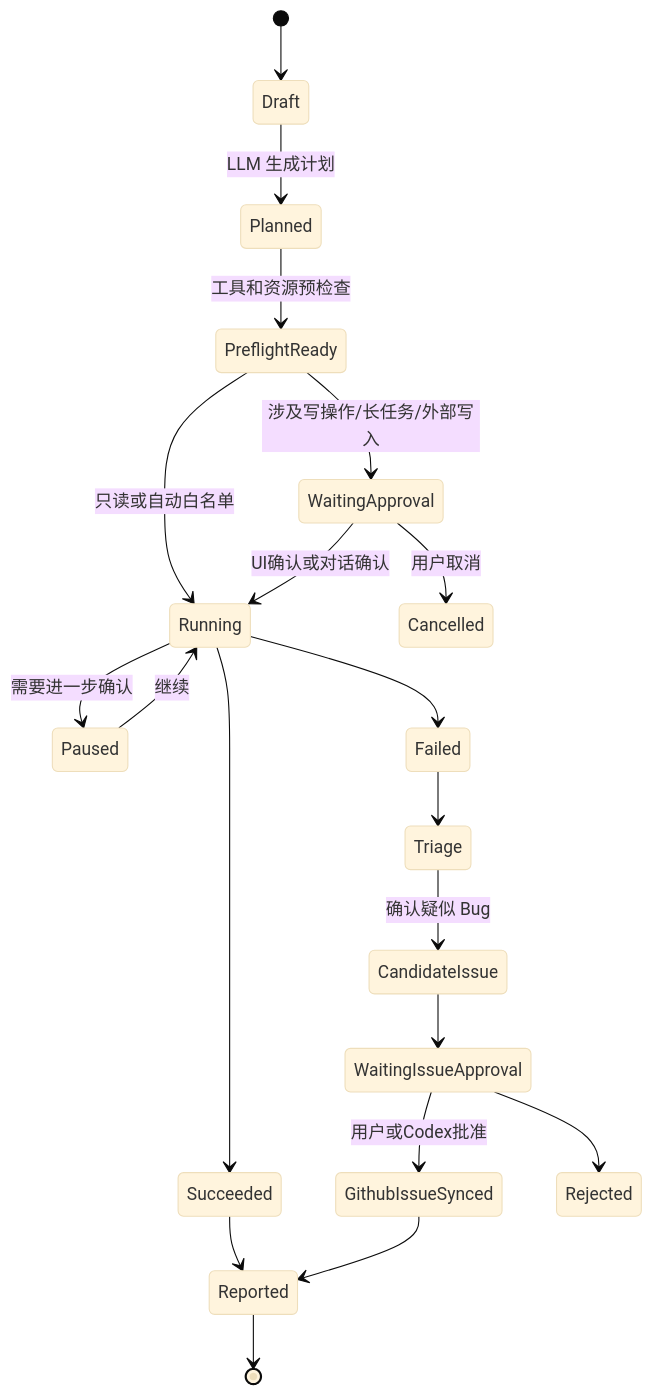
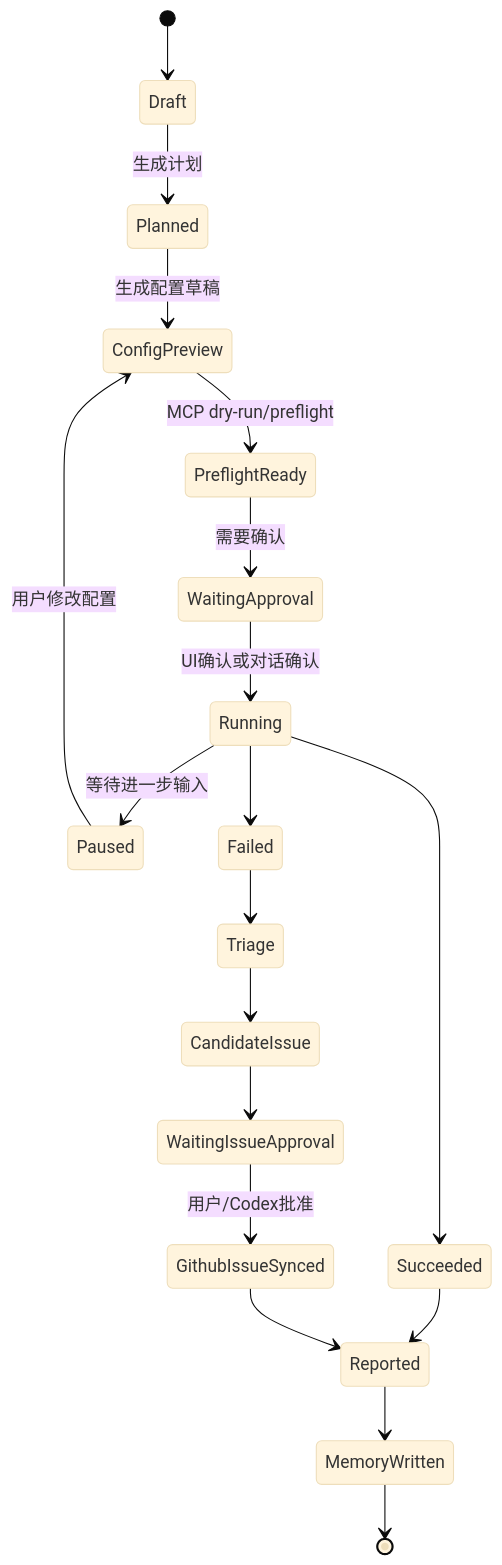
Before and after one commit to licong01-cloud/AIstock: the fourth of 4 diagrams in docs/architecture/aistock_research_agent_console_design_20260520.md, drawn with Mermaid (base theme). The commit also changed other lines of this file, not shown here.

Commit message:
docs(research): refine assistant memory architecture

````diff
--- a/docs/architecture/aistock_research_agent_console_design_20260520.md
+++ b/docs/architecture/aistock_research_agent_console_design_20260520.md
@@ -262,22 +537,21 @@
 ```mermaid
 stateDiagram-v2
     [*] --> Draft
-    Draft --> Planned: LLM 生成计划
-    Planned --> PreflightReady: 工具和资源预检查
-    PreflightReady --> WaitingApproval: 涉及写操作/长任务/外部写入
-    PreflightReady --> Running: 只读或自动白名单
+    Draft --> Planned: 生成计划
+    Planned --> ConfigPreview: 生成配置草稿
+    ConfigPreview --> PreflightReady: MCP dry-run/preflight
+    PreflightReady --> WaitingApproval: 需要确认
     WaitingApproval --> Running: UI确认或对话确认
-    WaitingApproval --> Cancelled: 用户取消
-    Running --> Paused: 需要进一步确认
-    Paused --> Running: 继续
+    Running --> Paused: 等待进一步输入
+    Paused --> ConfigPreview: 用户修改配置
     Running --> Succeeded
     Running --> Failed
     Failed --> Triage
-    Triage --> CandidateIssue: 确认疑似 Bug
+    Triage --> CandidateIssue
     CandidateIssue --> WaitingIssueApproval
-    WaitingIssueApproval --> GithubIssueSynced: 用户或Codex批准
-    WaitingIssueApproval --> Rejected
+    WaitingIssueApproval --> GithubIssueSynced: 用户/Codex批准
     Succeeded --> Reported
     GithubIssueSynced --> Reported
-    Reported --> [*]
+    Reported --> MemoryWritten
+    MemoryWritten --> [*]
 ```
````
